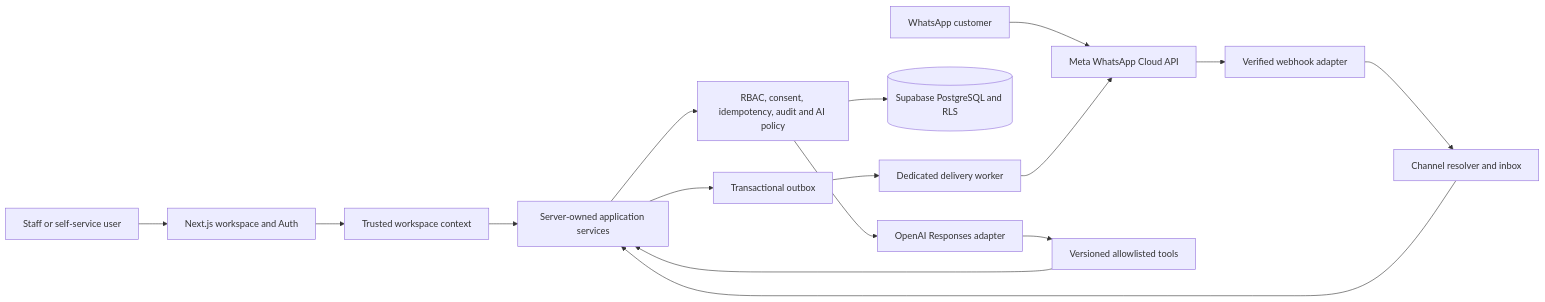
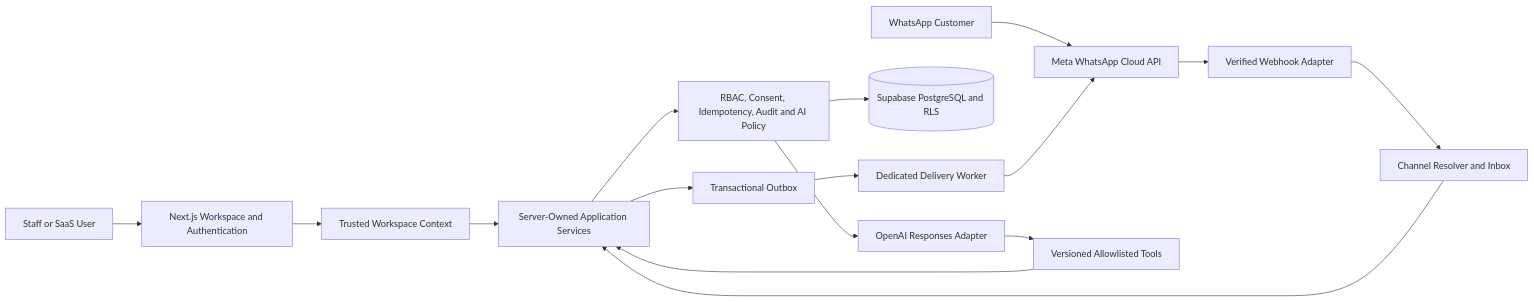
One commit to Mina-Sayed/voya-os changed the diagram in docs/superpowers/specs/2026-07-30-voya-c-self-service-ai-whatsapp-program-design.md. Above: the diagram before and after it, drawn with Mermaid. The commit also changed other lines of this file and 26 other files, not shown here.

````diff
--- a/docs/superpowers/specs/2026-07-30-voya-c-self-service-ai-whatsapp-program-design.md
+++ b/docs/superpowers/specs/2026-07-30-voya-c-self-service-ai-whatsapp-program-design.md
@@ -48,18 +440,23 @@
 ```mermaid
 flowchart LR
-  Staff[Staff or self-service user] --> Web[Next.js workspace and Auth]
-  Customer[WhatsApp customer] --> Meta[Meta WhatsApp Cloud API]
-  Meta --> Hook[Verified webhook adapter]
-  Web --> Context[Trusted workspace context]
-  Hook --> Channel[Channel resolver and inbox]
-  Context --> Services[Server-owned application services]
-  Channel --> Services
-  Services --> Policy[RBAC, consent, idempotency, audit and AI policy]
-  Policy --> DB[(Supabase PostgreSQL and RLS)]
-  Policy --> AI[OpenAI Responses adapter]
-  AI --> Tools[Versioned allowlisted tools]
-  Tools --> Services
-  Services --> Outbox[Transactional outbox]
-  Outbox --> Worker[Dedicated delivery worker]
-  Worker --> Meta
+    Staff[Staff or SaaS User] --> Web[Next.js Workspace and Authentication]
+    Customer[WhatsApp Customer] --> Meta[Meta WhatsApp Cloud API]
+
+    Web --> Context[Trusted Workspace Context]
+    Meta --> Hook[Verified Webhook Adapter]
+
+    Hook --> Channel[Channel Resolver and Inbox]
+    Context --> Services[Server-Owned Application Services]
+    Channel --> Services
+
+    Services --> Policy[RBAC, Consent, Idempotency, Audit and AI Policy]
+    Policy --> DB[(Supabase PostgreSQL and RLS)]
+
+    Policy --> AI[OpenAI Responses Adapter]
+    AI --> Tools[Versioned Allowlisted Tools]
+    Tools --> Services
+
+    Services --> Outbox[Transactional Outbox]
+    Outbox --> Worker[Dedicated Delivery Worker]
+    Worker --> Meta
 ```
````
